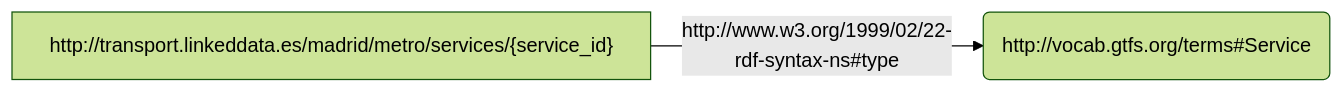
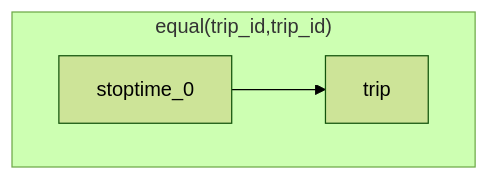
One commit to oeg-upm/rmldoc changed the second of 2 diagrams in src/RDFMappingDocumentation/out.md. Above: the diagram before and after it, drawn with Mermaid. The commit also changed other lines of this file, not shown here.

````diff
--- a/src/RDFMappingDocumentation/out.md
+++ b/src/RDFMappingDocumentation/out.md
@@ -285,6 +112,8 @@
 ```mermaid
 %%{ init : { "theme" : "forest", "flowchart" : { "curve" : "linear" }}}%%
-flowchart LR
-S["http://transport.linkeddata.es/madrid/metro/services/{service_id}"] -->|"http://www.w3.org/1999/02/22-rdf-syntax-ns#type"| object1("http://vocab.gtfs.org/terms#Service")
-    
-``` 
+flowchart LR;
+	subgraph function:equal["equal(trip_id,trip_id)"]
+		direction LR
+		stoptime_0  --> trip
+	end
+```
````
